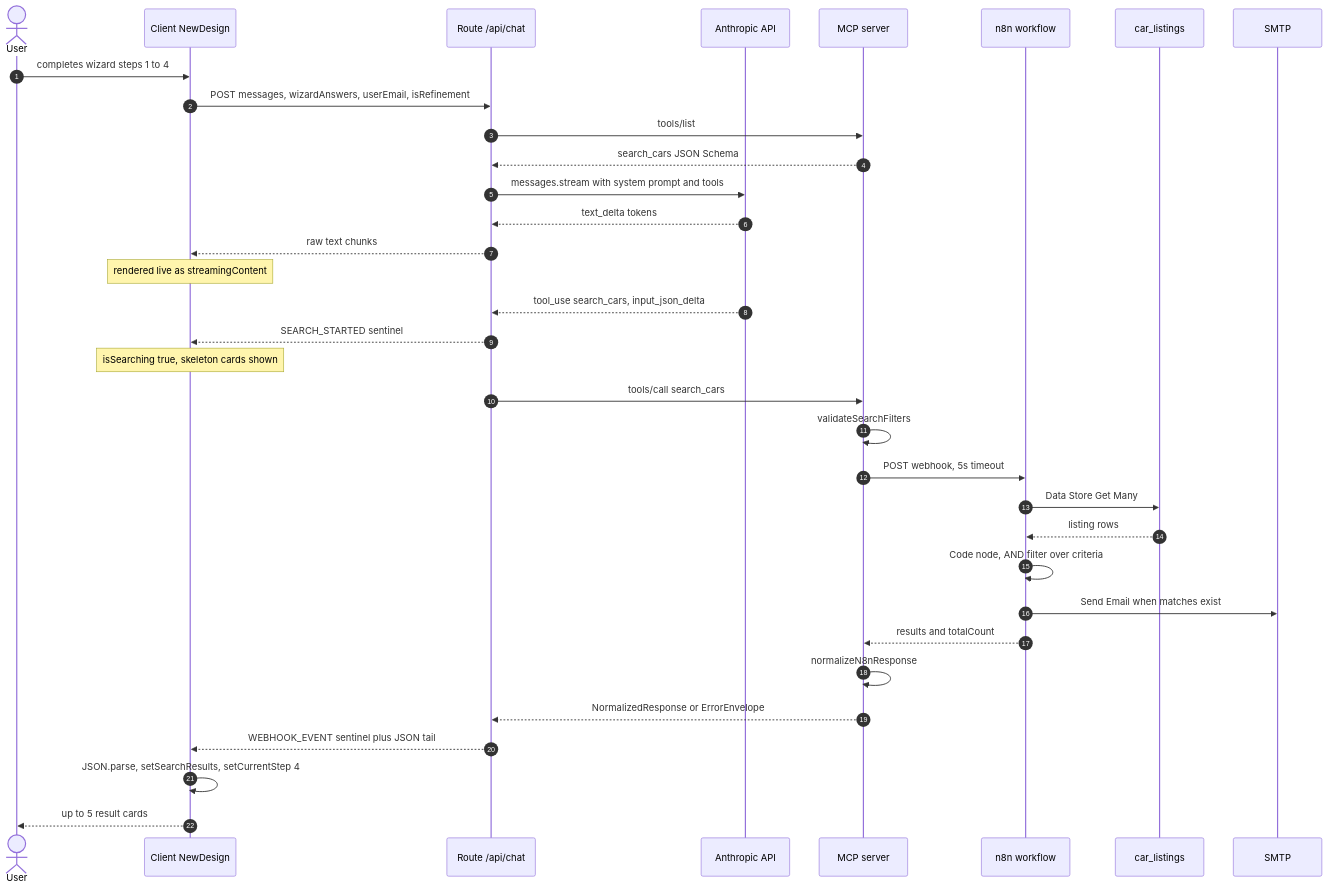
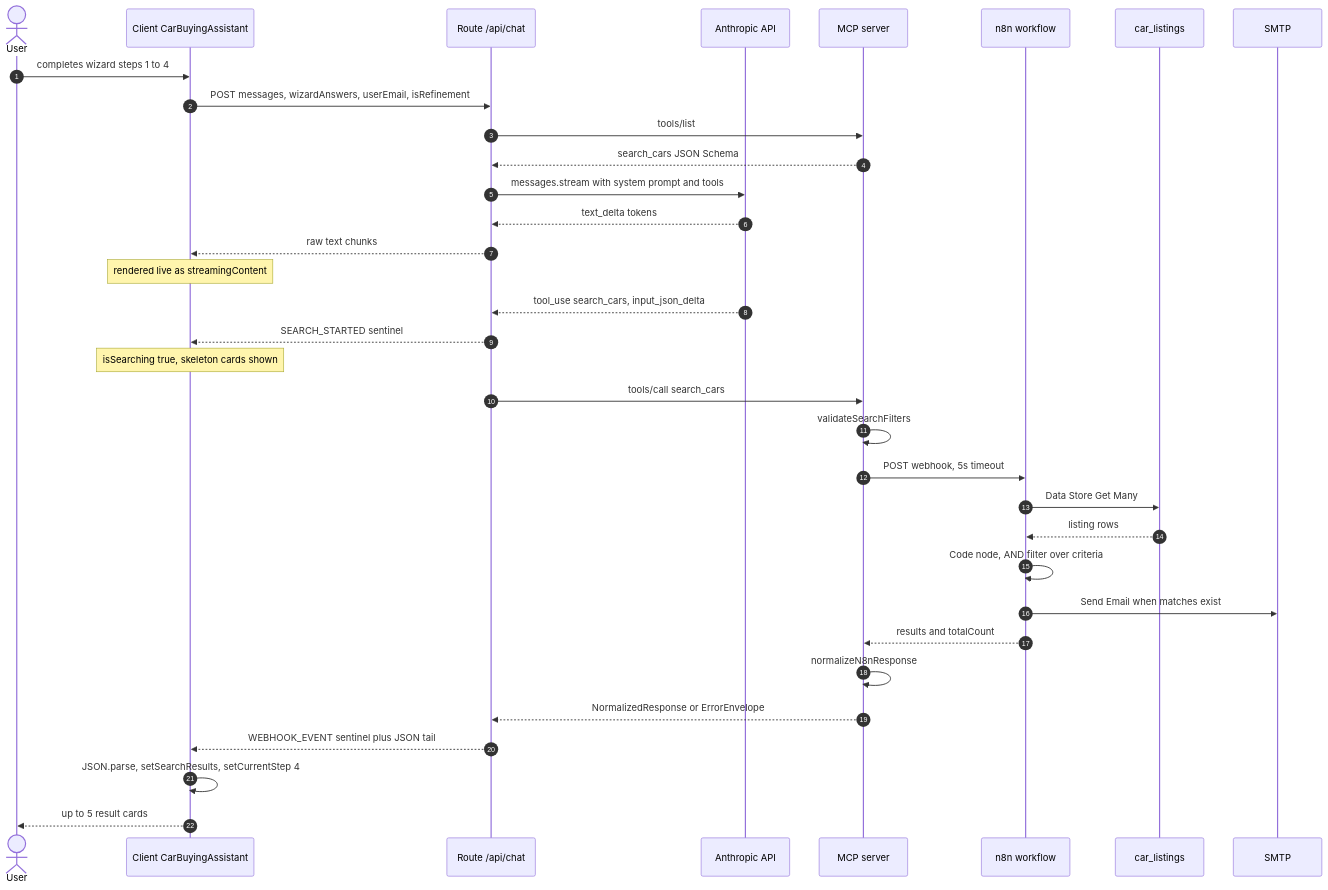
Before and after one commit to krisztiannyiri/ai-car-buying-assistant: the second of 6 diagrams in ARCHITECTURE.md, drawn with Mermaid. The commit also changed other lines of this file and 33 other files, not shown here.

````diff
--- a/ARCHITECTURE.md
+++ b/ARCHITECTURE.md
@@ -102,37 +106,37 @@
 ```mermaid
 sequenceDiagram
     autonumber
     actor U as User
-    participant C as Client NewDesign
+    participant C as Client CarBuyingAssistant
     participant R as Route /api/chat
     participant A as Anthropic API
     participant M as MCP server
     participant N as n8n workflow
     participant D as car_listings
     participant E as SMTP
 
     U->>C: completes wizard steps 1 to 4
     C->>R: POST messages, wizardAnswers, userEmail, isRefinement
     R->>M: tools/list
     M-->>R: search_cars JSON Schema
     R->>A: messages.stream with system prompt and tools
     A-->>R: text_delta tokens
     R-->>C: raw text chunks
     Note over C: rendered live as streamingContent
     A-->>R: tool_use search_cars, input_json_delta
     R-->>C: SEARCH_STARTED sentinel
     Note over C: isSearching true, skeleton cards shown
     R->>M: tools/call search_cars
     M->>M: validateSearchFilters
     M->>N: POST webhook, 5s timeout
     N->>D: Data Store Get Many
     D-->>N: listing rows
     N->>N: Code node, AND filter over criteria
     N->>E: Send Email when matches exist
     N-->>M: results and totalCount
     M->>M: normalizeN8nResponse
     M-->>R: NormalizedResponse or ErrorEnvelope
     R-->>C: WEBHOOK_EVENT sentinel plus JSON tail
     C->>C: JSON.parse, setSearchResults, setCurrentStep 4
     C-->>U: up to 5 result cards
 ```
````
